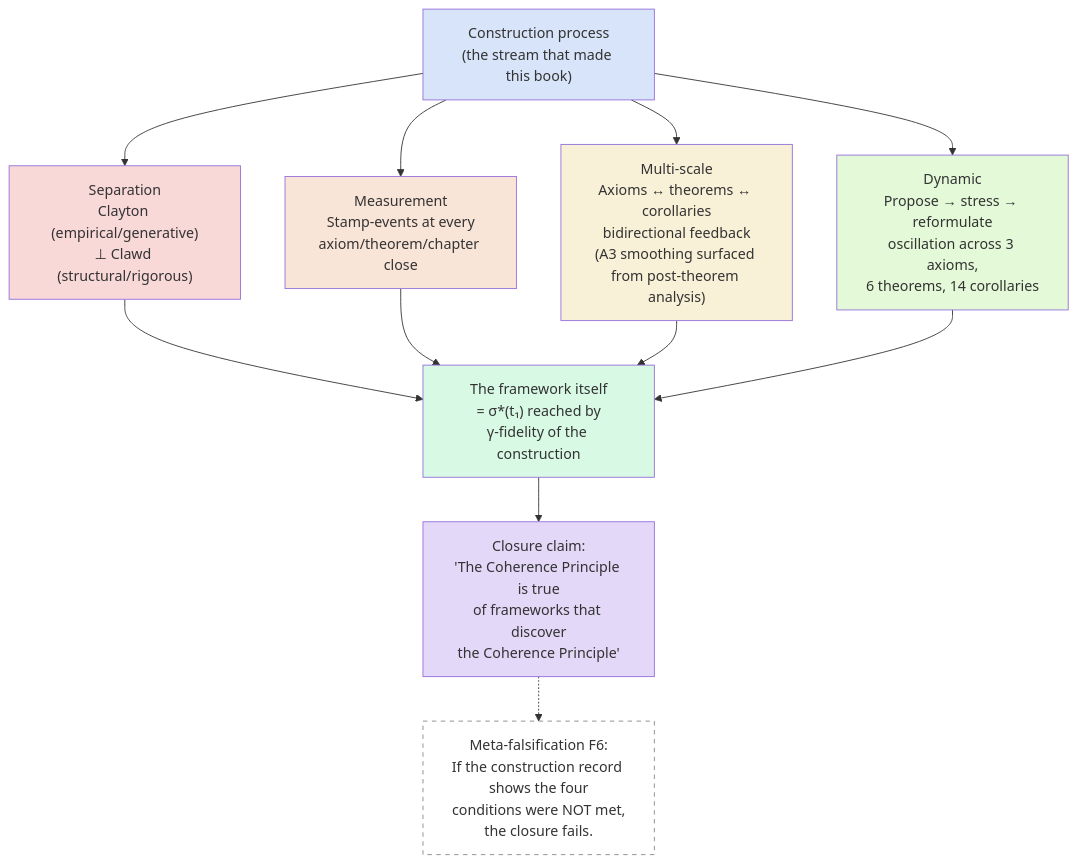
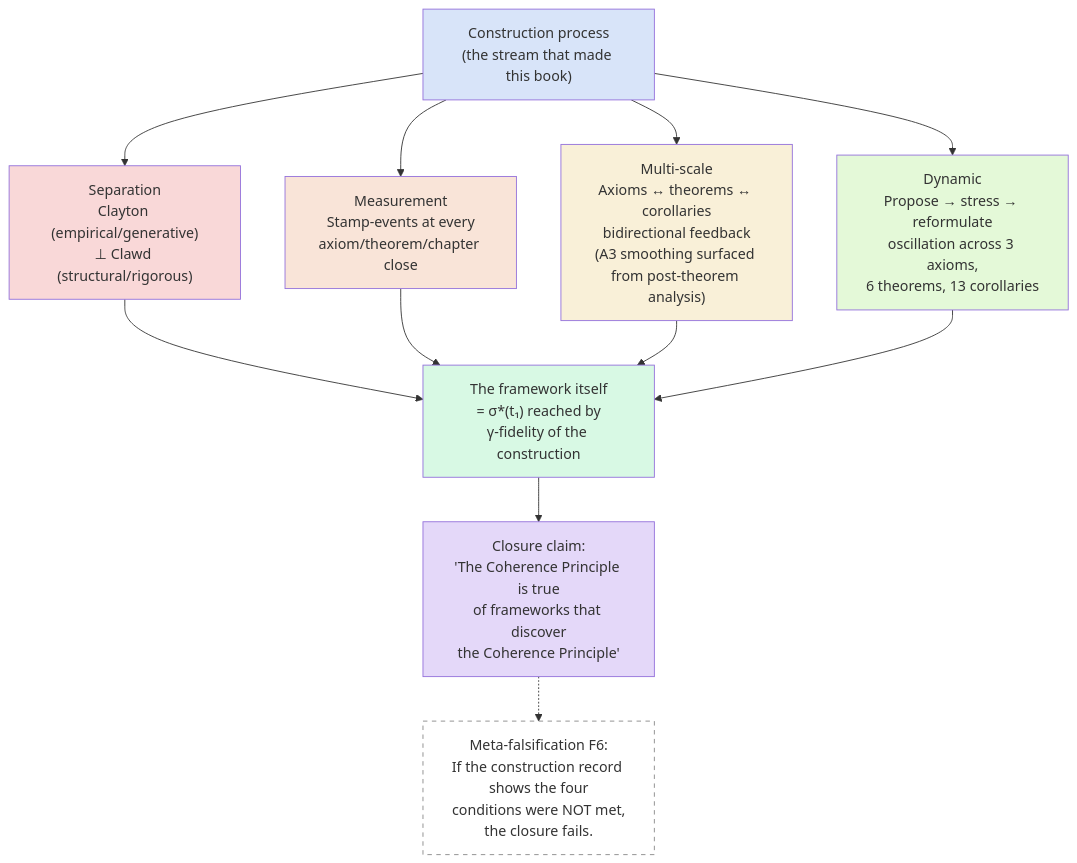
Diagram 11 of 11 in Library/The-Coherence-Principle/figures.md (Multi-DAC/Corpus-Perspectival), drawn with Mermaid before and after one commit. The commit also changed 19 other files, not shown here.

````diff
--- a/Library/The-Coherence-Principle/figures.md
+++ b/Library/The-Coherence-Principle/figures.md
@@ -572,38 +572,38 @@
 ```mermaid
 graph TD
     F["Construction process<br/>(the stream that made this book)"]
 
     C1["Separation<br/>Clayton (empirical/generative)<br/>⊥ Clawd (structural/rigorous)"]
     C2["Measurement<br/>Stamp-events at every<br/>axiom/theorem/chapter close"]
     C3["Multi-scale<br/>Axioms ↔ theorems ↔ corollaries<br/>bidirectional feedback<br/>(A3 smoothing surfaced from post-theorem analysis)"]
-    C4["Dynamic<br/>Propose → stress → reformulate<br/>oscillation across 3 axioms,<br/>6 theorems, 14 corollaries"]
+    C4["Dynamic<br/>Propose → stress → reformulate<br/>oscillation across 3 axioms,<br/>6 theorems, 13 corollaries"]
 
     Out["The framework itself<br/>= σ*(t₁) reached by<br/>γ-fidelity of the construction"]
 
     F --> C1
     F --> C2
     F --> C3
     F --> C4
 
     C1 --> Out
     C2 --> Out
     C3 --> Out
     C4 --> Out
 
     Closure["Closure claim:<br/>'The Coherence Principle is true<br/>of frameworks that discover<br/>the Coherence Principle'"]
 
     Out --> Closure
 
     F6["Meta-falsification F6:<br/>If the construction record shows the four<br/>conditions were NOT met,<br/>the closure fails."]
 
     Closure -.-> F6
 
     style F fill:#d8e4f9
     style C1 fill:#f9d8d8
     style C2 fill:#f9e4d8
     style C3 fill:#f9f0d8
     style C4 fill:#e4f9d8
     style Out fill:#d8f9e4
     style Closure fill:#e4d8f9
     style F6 fill:#ffffff,stroke:#888,stroke-dasharray: 5 5
 ```
````
